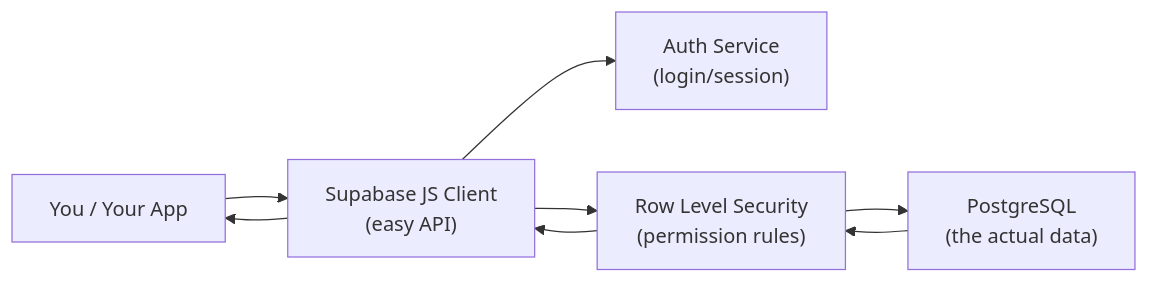
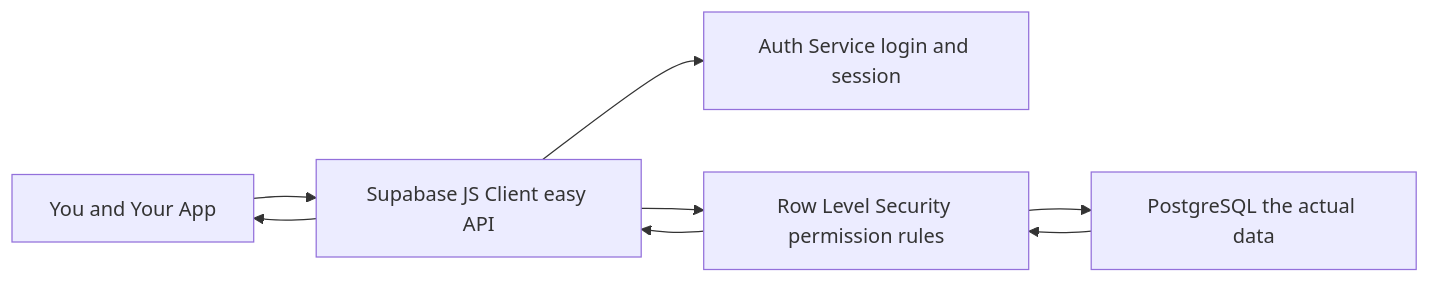
The sixth of 6 diagrams in learning/07-supabase.md (wongjinar-ai/expample), drawn with Mermaid before and after one commit. The commit also changed other lines of this file and 16 other files, not shown here.

````diff
--- a/learning/07-supabase.md
+++ b/learning/07-supabase.md
@@ -240,16 +240,16 @@
 ```mermaid
-graph LR
-    You["You / Your App"]
-    Client["Supabase JS Client\n(easy API)"]
-    Auth["Auth Service\n(login/session)"]
-    RLS["Row Level Security\n(permission rules)"]
-    DB["PostgreSQL\n(the actual data)"]
+flowchart LR
+    You[You and Your App]
+    Client[Supabase JS Client easy API]
+    Auth[Auth Service login and session]
+    RLS[Row Level Security permission rules]
+    DB[PostgreSQL the actual data]
 
     You --> Client
     Client --> Auth
     Client --> RLS
     RLS --> DB
     DB --> RLS
     RLS --> Client
     Client --> You
 ```
````
